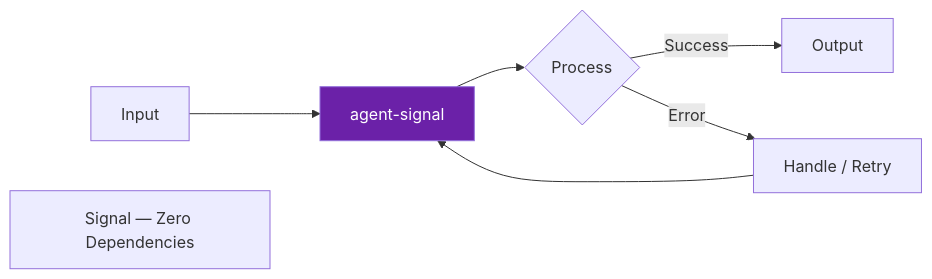
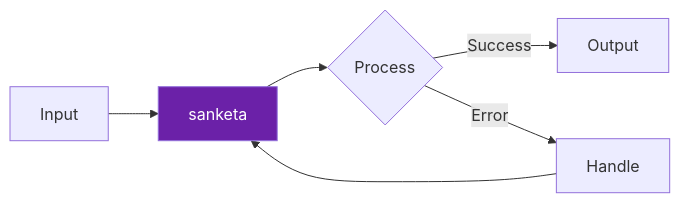
One commit to darshjme/agent-signal changed the diagram in README.md. Above: the diagram before and after it, drawn with Mermaid. The commit also changed other lines of this file and 1 other file, not shown here.

First line of the commit message:
feat(vedic-v3): rename to sanketa (संकेत)

````diff
--- a/README.md
+++ b/README.md
@@ -48,10 +39,9 @@
 ```mermaid
 flowchart LR
-    A[Input] --> B[agent-signal]
+    A[Input] --> B[sanketa]
     B --> C{Process}
     C -- Success --> D[Output]
-    C -- Error --> E[Handle / Retry]
+    C -- Error --> E[Handle]
     E --> B
     style B fill:#6b21a8,color:#fff
-    note["Signal — Zero Dependencies"]
 ```
````
